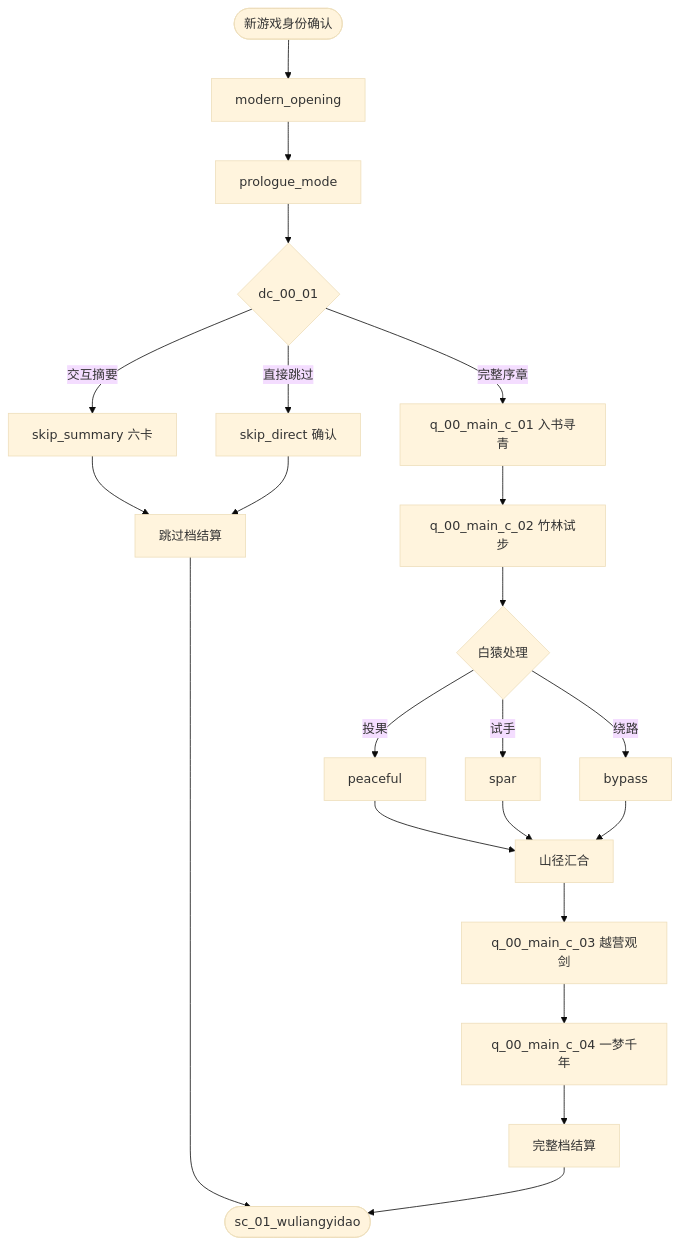
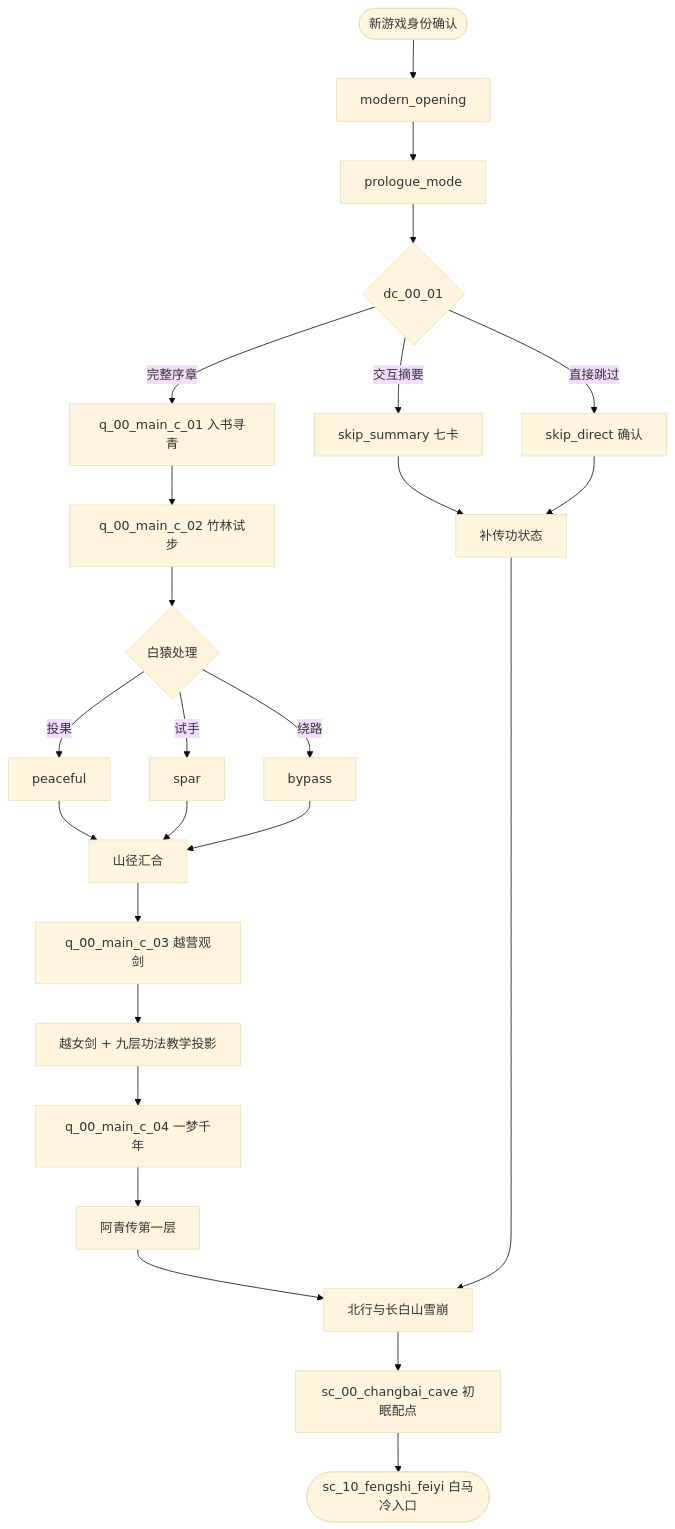
The diagram in docs/design/story/00-yuenv.md (radarxc/jinyongqunxia), drawn with Mermaid (base theme) before and after one commit. The commit also changed other lines of this file and 2 other files, not shown here.

````diff
--- a/docs/design/story/00-yuenv.md
+++ b/docs/design/story/00-yuenv.md
@@ -27,22 +27,25 @@
 ```mermaid
 flowchart TD
     S([新游戏身份确认]) --> O[modern_opening] --> P[prologue_mode] --> D{dc_00_01}
     D -->|完整序章| C01[q_00_main_c_01 入书寻青]
-    D -->|交互摘要| SS[skip_summary 六卡]
+    D -->|交互摘要| SS[skip_summary 七卡]
     D -->|直接跳过| SD[skip_direct 确认]
     C01 --> C02[q_00_main_c_02 竹林试步]
     C02 --> B{白猿处理}
     B -->|投果| BM[peaceful]
     B -->|试手| BS[spar]
     B -->|绕路| BR[bypass]
     BM --> M[山径汇合]
     BS --> M
     BR --> M
     M --> C03[q_00_main_c_03 越营观剑]
-    C03 --> C04[q_00_main_c_04 一梦千年]
-    SS --> SK[跳过档结算]
+    C03 --> X[越女剑 + 九层功法教学投影]
+    X --> C04[q_00_main_c_04 一梦千年]
+    C04 --> T[阿青传第一层]
+    SS --> SK[补传功状态]
     SD --> SK
-    C04 --> FL[完整档结算]
-    SK --> W([sc_01_wuliangyidao])
-    FL --> W
+    T --> N[北行与长白山雪崩]
+    SK --> N
+    N --> A[sc_00_changbai_cave 初眠配点]
+    A --> W([sc_10_fengshi_feiyi 白马冷入口])
 ```
````
